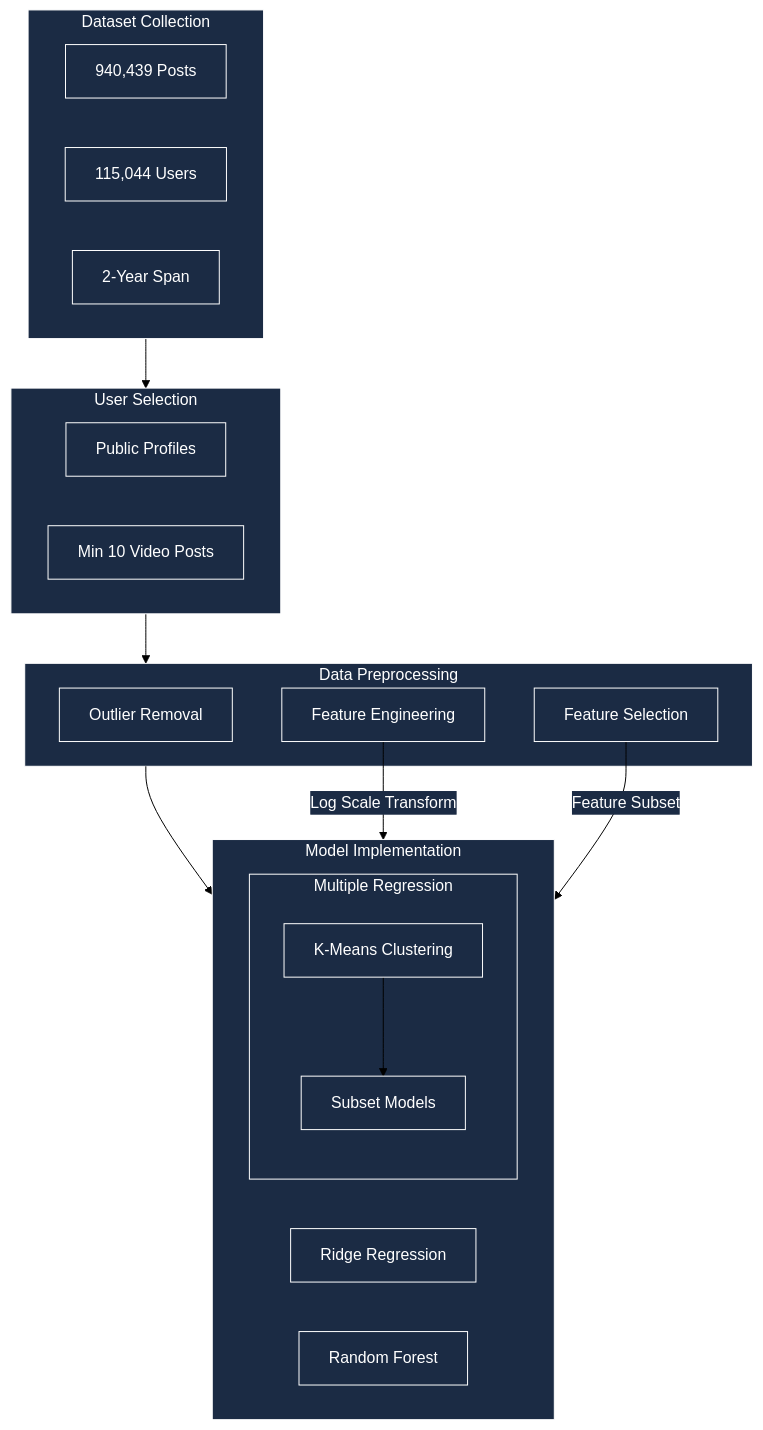
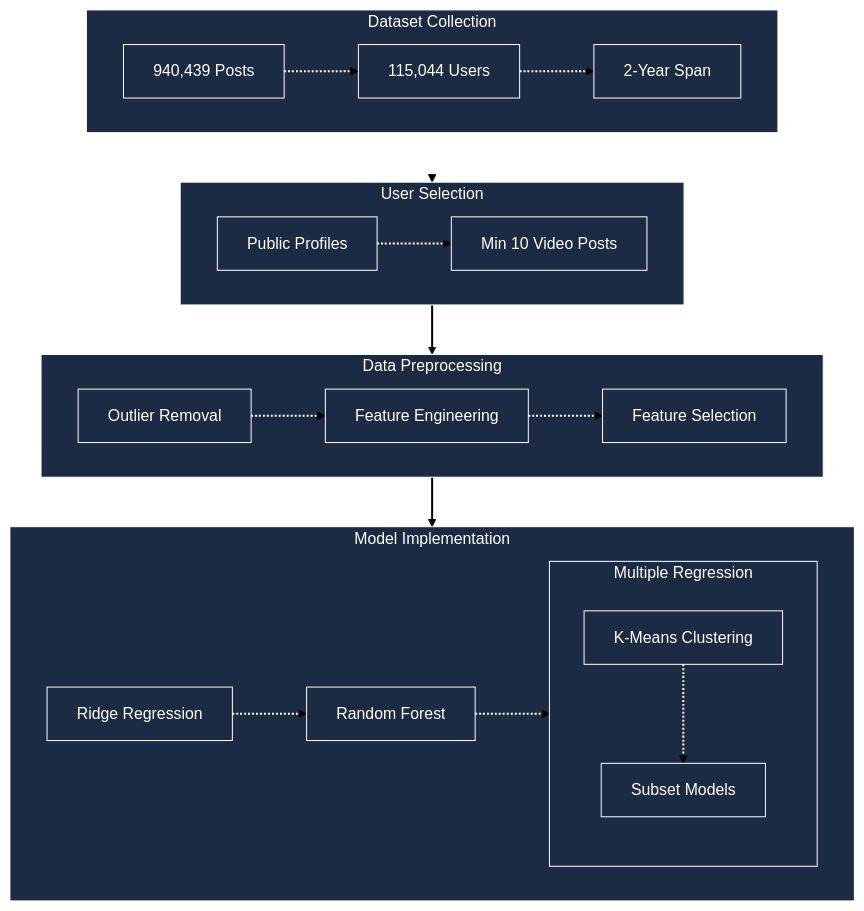
The diagram in computing-plot.mermaid (braincomputingsantosh/mermaid-plot), drawn with Mermaid before and after one commit.

```diff
--- a/computing-plot.mermaid
+++ b/computing-plot.mermaid
@@ -1,39 +1,67 @@
 %%{init: {'theme': 'base', 'themeVariables': { 'fontFamily': 'Calibri', 'backgroundColor': '#1B2B44', 'primaryColor': '#1B2B44', 'primaryTextColor': '#ffffff', 'primaryBorderColor': '#ffffff', 'lineColor': '#000000', 'mainBkg': '#1B2B44', 'nodeBorder': '#ffffff', 'clusterBkg': '#1B2B44', 'titleColor': '#ffffff', 'edgeLabelBackground': '#1B2B44'}}}%%
 
 flowchart TB
     subgraph DATA[Dataset Collection]
         D1[940,439 Posts]
         D2[115,044 Users]
         D3[2-Year Span]
+        
+        D1 -.-> D2
+        D2 -.-> D3
+        
+        style D1 fill:#1B2B44,stroke:#ffffff,color:#ffffff
+        style D2 fill:#1B2B44,stroke:#ffffff,color:#ffffff
+        style D3 fill:#1B2B44,stroke:#ffffff,color:#ffffff
     end
 
     subgraph CRITERIA[User Selection]
         C1[Public Profiles]
         C2[Min 10 Video Posts]
+        
+        C1 -.-> C2
+        
+        style C1 fill:#1B2B44,stroke:#ffffff,color:#ffffff
+        style C2 fill:#1B2B44,stroke:#ffffff,color:#ffffff
     end
 
     subgraph PREPROCESS[Data Preprocessing]
         P1[Outlier Removal]
         P2[Feature Engineering]
         P3[Feature Selection]
+        
+        P1 -.-> P2
+        P2 -.-> P3
+        
+        style P1 fill:#1B2B44,stroke:#ffffff,color:#ffffff
+        style P2 fill:#1B2B44,stroke:#ffffff,color:#ffffff
+        style P3 fill:#1B2B44,stroke:#ffffff,color:#ffffff
     end
 
     subgraph MODELS[Model Implementation]
         M1[Ridge Regression]
         M2[Random Forest]
         subgraph MR[Multiple Regression]
             K1[K-Means Clustering]
             R1[Subset Models]
+            K1 -.-> R1
+            
+            style K1 fill:#1B2B44,stroke:#ffffff,color:#ffffff
+            style R1 fill:#1B2B44,stroke:#ffffff,color:#ffffff
         end
+        
+        M1 -.-> M2
+        M2 -.-> MR
+        
+        style M1 fill:#1B2B44,stroke:#ffffff,color:#ffffff
+        style M2 fill:#1B2B44,stroke:#ffffff,color:#ffffff
     end
 
     DATA --> CRITERIA
     CRITERIA --> PREPROCESS
     PREPROCESS --> MODELS
-    
-    P2 --> |Log Scale Transform| MODELS
-    P3 --> |Feature Subset| MODELS
-    K1 --> R1
 
     classDef default fill:#1B2B44,stroke:#ffffff,color:#ffffff
     class DATA,CRITERIA,PREPROCESS,MODELS,MR default
+
+    linkStyle default stroke:#000000,stroke-width:2
+    linkStyle 0,1,2,3,4,5,6,7,8 stroke:#ffffff,stroke-width:2
```
